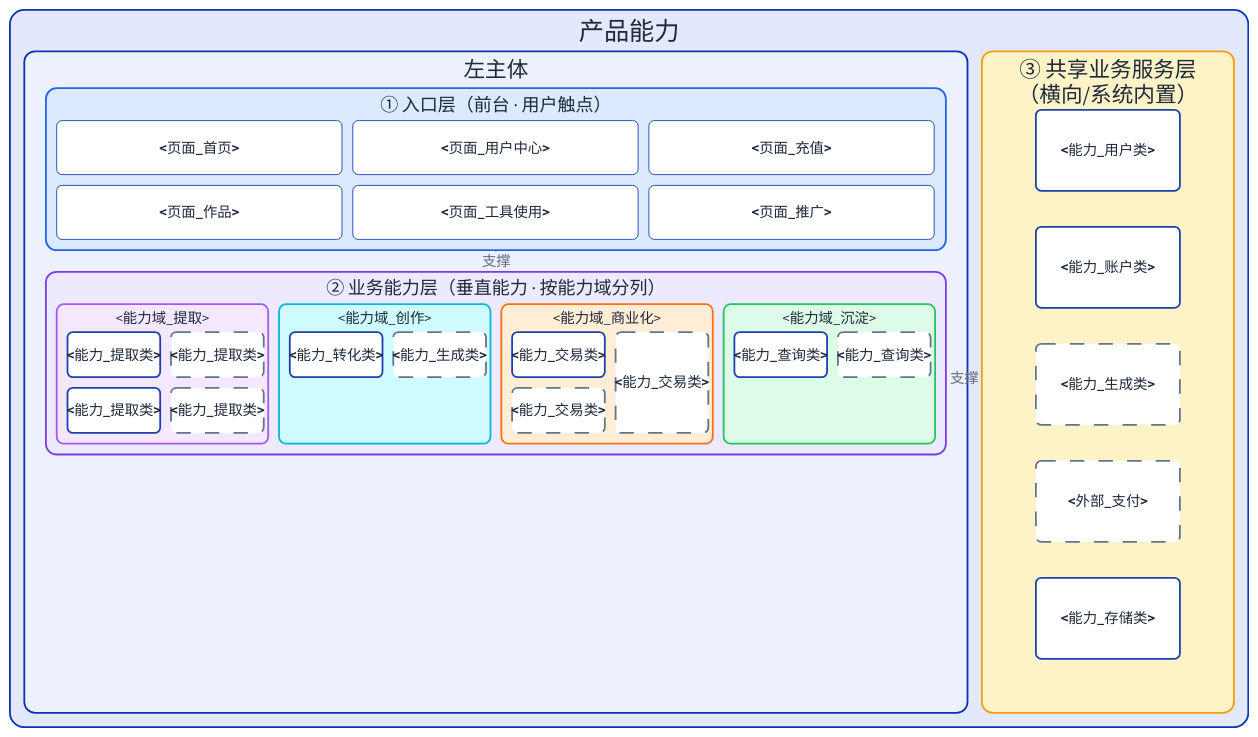
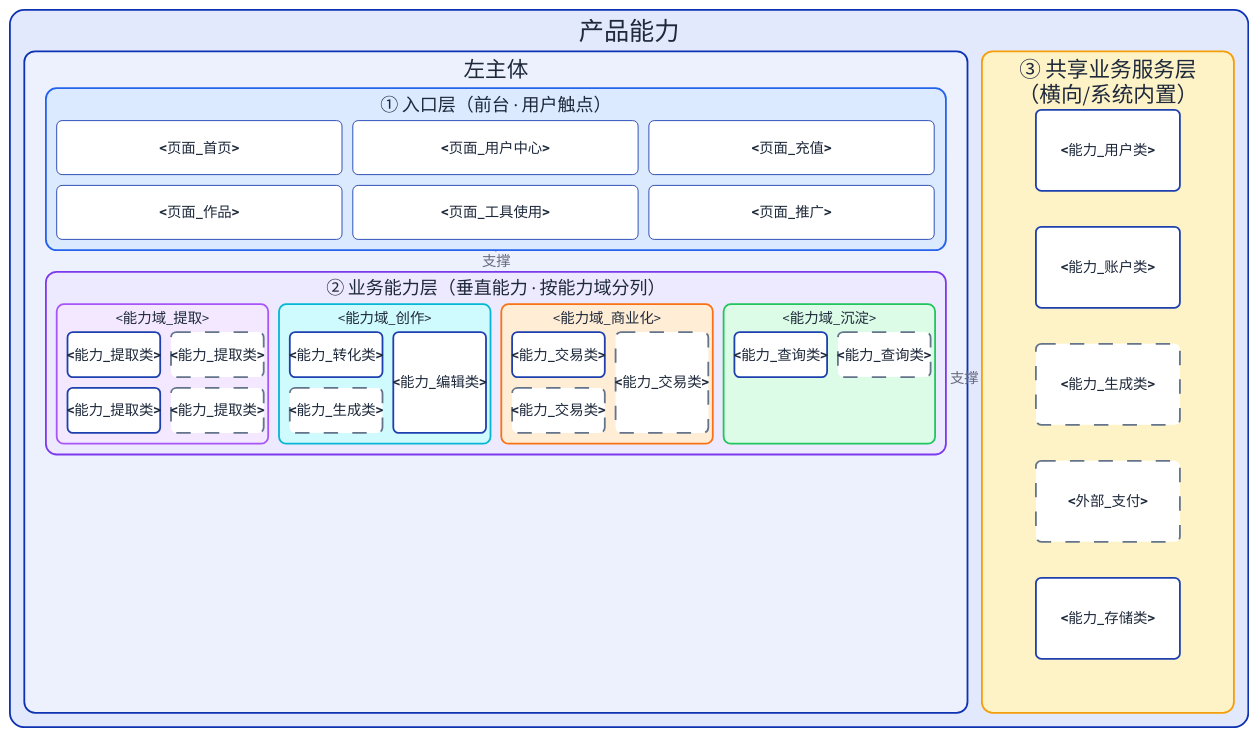
The second of 2 diagrams in skills/doc-arch-rules/references/templates/L1/PRODUCT.template.md (syllr/skills), drawn with D2 before and after one commit. The commit also changed other lines of this file and 22 other files, not shown here.

````diff
--- a/skills/doc-arch-rules/references/templates/L1/PRODUCT.template.md
+++ b/skills/doc-arch-rules/references/templates/L1/PRODUCT.template.md
@@ -111,76 +111,77 @@
 # 反映的问题: 产品有哪些能力、能力在哪层、做到哪一步
 # 边界: 产品层不画技术底座（数据存储/消息/网络/缓存归 TECHNOLOGY-ARCHITECTURE）
 # 说明: 节点 id（h1/c1/s1 等）仅技术标识，与功能名无关；能力状态为「已实现（含本迭代）/ 待规划」
-# 校验: 业务能力层节点数 == §2.2 表「类型=业务能力」行数，一能力一行；共享业务服务层聚合节点 == §2.2 表「类型=系统内置/横向」行数；能力 → Action 映射详见 DOMAIN-MODEL §3（SSOT）
+# 校验: 业务能力层节点数 == §2.2 表「类型=业务能力」行数，一能力一行；共享业务服务层节点数 == §2.2 表「类型=系统内置/横向」行数；能力 → Action 映射详见 DOMAIN-MODEL §3
 # 编码: 线型=状态（实线=已实现含本迭代、虚线=待规划）、入口层白底实线不参与编码——编码规则见 §2.0 图例图，图内不画图例
 
 vars: {
-  d2-config: {
-    layout-engine: elk
-  }
+ d2-config: {
+ layout-engine: elk
+ }
 }
 
 产品能力: {
-  grid-rows: 1
-  grid-columns: 2
-  grid-gap: 16
-  style.font-color: "#1e293b"
-  style.border-radius: 16
+ grid-rows: 1
+ grid-columns: 2
+ grid-gap: 16
+ style.font-color: "#1e293b"
+ style.border-radius: 16
 
-  左主体: {
-    grid-rows: 1; grid-columns: 1; grid-gap: 24
-    style.font-color: "#1e293b"
-    style.border-radius: 12
+ 左主体: {
+ grid-rows: 1; grid-columns: 1; grid-gap: 24
+ style.font-color: "#1e293b"
+ style.border-radius: 12
 
-    入口层: {
-      # 入口层 · 仅示意触点，非能力，无状态与热力维度，白底实线
-      label: "① 入口层（前台 · 用户触点）"
-      width: 1000; grid-columns: 3; grid-gap: 12; style.fill: "#dbeafe"; style.font-color: "#1e293b"; style.stroke: "#2563eb"; style.border-radius: 12
-      h1: { label: "<页面_首页>"; width: 317; height: 60; class: module }
-      h2: { label: "<页面_作品>"; width: 317; height: 60; class: module }
-      h3: { label: "<页面_用户中心>"; width: 317; height: 60; class: module }
-      h4: { label: "<页面_工具使用>"; width: 317; height: 60; class: module }
-      h5: { label: "<页面_充值>"; width: 317; height: 60; class: module }
-      h6: { label: "<页面_推广>"; width: 317; height: 60; class: module }
-    }
+ 入口层: {
+ # 入口层 · 仅示意触点，非能力，无状态与热力维度，白底实线
+ label: "① 入口层（前台 · 用户触点）"
+ width: 1000; grid-columns: 3; grid-gap: 12; style.fill: "#dbeafe"; style.font-color: "#1e293b"; style.stroke: "#2563eb"; style.border-radius: 12
+ h1: { label: "<页面_首页>"; width: 317; height: 60; class: module }
+ h2: { label: "<页面_作品>"; width: 317; height: 60; class: module }
+ h3: { label: "<页面_用户中心>"; width: 317; height: 60; class: module }
+ h4: { label: "<页面_工具使用>"; width: 317; height: 60; class: module }
+ h5: { label: "<页面_充值>"; width: 317; height: 60; class: module }
+ h6: { label: "<页面_推广>"; width: 317; height: 60; class: module }
+ }
 
-    业务能力层: {
-      # 业务能力层 · 垂直能力按能力域分列，线型=状态（实线=已实现含本迭代、虚线=待规划）
-      label: "② 业务能力层（垂直能力 · 按能力域分列）"
-      width: 1000; grid-columns: 4; grid-gap: 12; style.fill: "#ede9fe"; style.font-color: "#1e293b"; style.stroke: "#7c3aed"; style.border-radius: 12
-      内容获取: { label: "<能力域_提取>"; width: 235; grid-columns: 2; grid-gap: 12; style.fill: "#f3e8ff"; style.font-color: "#1e293b"; style.stroke: "#a855f7"; style.border-radius: 8
-        c1: { label: "<能力_提取类>"; width: 103; height: 50; class: [solid] }
-        c2: { label: "<能力_提取类>"; width: 103; height: 50; class: [solid] }
-        c3: { label: "<能力_提取类>"; width: 103; height: 50; class: [dashed] }
-        c4: { label: "<能力_提取类>"; width: 103; height: 50; class: [dashed] }
-      }
-      内容创作: { label: "<能力域_创作>"; width: 235; grid-columns: 2; grid-gap: 12; style.fill: "#cffafe"; style.font-color: "#1e293b"; style.stroke: "#06b6d4"; style.border-radius: 8
-        c5: { label: "<能力_转化类>"; width: 103; height: 50; class: [solid] }
-        c6: { label: "<能力_生成类>"; width: 103; height: 50; class: [dashed] }
-      }
-      商业化: { label: "<能力域_商业化>"; width: 235; grid-columns: 2; grid-gap: 12; style.fill: "#ffedd5"; style.font-color: "#1e293b"; style.stroke: "#f97316"; style.border-radius: 8
-        c8: { label: "<能力_交易类>"; width: 103; height: 50; class: [solid] }
-        c9: { label: "<能力_交易类>"; width: 103; height: 50; class: [dashed] }
-        c10: { label: "<能力_交易类>"; width: 103; height: 50; class: [dashed] }
-      }
-      作品沉淀: { label: "<能力域_沉淀>"; width: 235; grid-columns: 2; grid-gap: 12; style.fill: "#dcfce7"; style.font-color: "#1e293b"; style.stroke: "#22c55e"; style.border-radius: 8
-        c11: { label: "<能力_查询类>"; width: 103; height: 50; class: [solid] }
-        c12: { label: "<能力_查询类>"; width: 103; height: 50; class: [dashed] }
-      }
-    }
-  }
+ 业务能力层: {
+ # 业务能力层 · 垂直能力按能力域分列，线型=状态（实线=已实现含本迭代、虚线=待规划）
+ label: "② 业务能力层（垂直能力 · 按能力域分列）"
+ width: 1000; grid-columns: 4; grid-gap: 12; style.fill: "#ede9fe"; style.font-color: "#1e293b"; style.stroke: "#7c3aed"; style.border-radius: 12
+ 内容获取: { label: "<能力域_提取>"; width: 235; grid-columns: 2; grid-gap: 12; style.fill: "#f3e8ff"; style.font-color: "#1e293b"; style.stroke: "#a855f7"; style.border-radius: 8
+ c1: { label: "<能力_提取类>"; width: 103; height: 50; class: [solid] }
+ c2: { label: "<能力_提取类>"; width: 103; height: 50; class: [solid] }
+ c3: { label: "<能力_提取类>"; width: 103; height: 50; class: [dashed] }
+ c4: { label: "<能力_提取类>"; width: 103; height: 50; class: [dashed] }
+ }
+ 内容创作: { label: "<能力域_创作>"; width: 235; grid-columns: 2; grid-gap: 12; style.fill: "#cffafe"; style.font-color: "#1e293b"; style.stroke: "#06b6d4"; style.border-radius: 8
+ c5: { label: "<能力_转化类>"; width: 103; height: 50; class: [solid] }
+ c6: { label: "<能力_生成类>"; width: 103; height: 50; class: [dashed] }
+ c7: { label: "<能力_编辑类>"; width: 103; height: 50; class: [solid] }
+ }
+ 商业化: { label: "<能力域_商业化>"; width: 235; grid-columns: 2; grid-gap: 12; style.fill: "#ffedd5"; style.font-color: "#1e293b"; style.stroke: "#f97316"; style.border-radius: 8
+ c8: { label: "<能力_交易类>"; width: 103; height: 50; class: [solid] }
+ c9: { label: "<能力_交易类>"; width: 103; height: 50; class: [dashed] }
+ c10: { label: "<能力_交易类>"; width: 103; height: 50; class: [dashed] }
+ }
+ 作品沉淀: { label: "<能力域_沉淀>"; width: 235; grid-columns: 2; grid-gap: 12; style.fill: "#dcfce7"; style.font-color: "#1e293b"; style.stroke: "#22c55e"; style.border-radius: 8
+ c11: { label: "<能力_查询类>"; width: 103; height: 50; class: [solid] }
+ c12: { label: "<能力_查询类>"; width: 103; height: 50; class: [dashed] }
+ }
+ }
+ }
 
-  共享业务服务层: {
-    # 共享业务服务层 · 横向能力与系统内置底座（被多垂直能力共用 / 开箱自带无管理界面），右侧竖条支撑左侧主体
-    label: "③ 共享业务服务层\n（横向/系统内置）"
-    grid-columns: 1
-    style.fill: "#fef3c7"; style.font-color: "#1e293b"; style.stroke: "#f59e0b"; style.border-radius: 12
-    s1: { label: "<能力_用户类>"; width: 160; height: 90; class: [solid] }
-    s2: { label: "<能力_账户类>"; width: 160; height: 90; class: [solid] }
-    s3: { label: "<能力_生成类>"; width: 160; height: 90; class: [dashed] }
-    s4: { label: "<外部_支付>"; width: 160; height: 90; class: [dashed] }
-    s5: { label: "<能力_存储类>"; width: 160; height: 90; class: [solid] }
-  }
+ 共享业务服务层: {
+ # 共享业务服务层 · 横向能力与系统内置底座（被多垂直能力共用 / 开箱自带无管理界面），右侧竖条支撑左侧主体
+ label: "③ 共享业务服务层\n（横向/系统内置）"
+ grid-columns: 1
+ style.fill: "#fef3c7"; style.font-color: "#1e293b"; style.stroke: "#f59e0b"; style.border-radius: 12
+ s1: { label: "<能力_用户类>"; width: 160; height: 90; class: [solid] }
+ s2: { label: "<能力_账户类>"; width: 160; height: 90; class: [solid] }
+ s3: { label: "<能力_生成类>"; width: 160; height: 90; class: [dashed] }
+ s4: { label: "<外部_支付>"; width: 160; height: 90; class: [dashed] }
+ s5: { label: "<能力_存储类>"; width: 160; height: 90; class: [solid] }
+ }
 }
 
 # 层间支撑关系（上层依赖下层；右侧竖条支撑左侧主体）
@@ -188,9 +189,9 @@
 产品能力.左主体.业务能力层 -> 产品能力.左主体.入口层: 支撑 { style.stroke: "#7c3aed" }
 
 classes: {
-  # 样式类 · 中文注释：线型表达状态（实线=已实现含本迭代、虚线=待规划）
-  module: { style: { border-radius: 6; fill: "#ffffff"; stroke: "#1e40af"; font-color: "#1e293b"; stroke-width: 1 } }
-  solid: { style: { border-radius: 6; fill: "#ffffff"; stroke: "#1e40af"; font-color: "#1e293b"; stroke-width: 2 } }
-  dashed: { style: { border-radius: 6; fill: "#ffffff"; stroke: "#64748b"; font-color: "#1e293b"; stroke-width: 2; stroke-dash: 8 } }
+ # 样式类 · 中文注释：线型表达状态（实线=已实现含本迭代、虚线=待规划）
+ module: { style: { border-radius: 6; fill: "#ffffff"; stroke: "#1e40af"; font-color: "#1e293b"; stroke-width: 1 } }
+ solid: { style: { border-radius: 6; fill: "#ffffff"; stroke: "#1e40af"; font-color: "#1e293b"; stroke-width: 2 } }
+ dashed: { style: { border-radius: 6; fill: "#ffffff"; stroke: "#64748b"; font-color: "#1e293b"; stroke-width: 2; stroke-dash: 8 } }
 }
 ```
````
